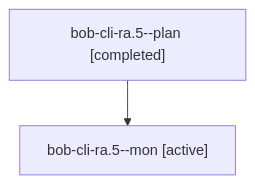
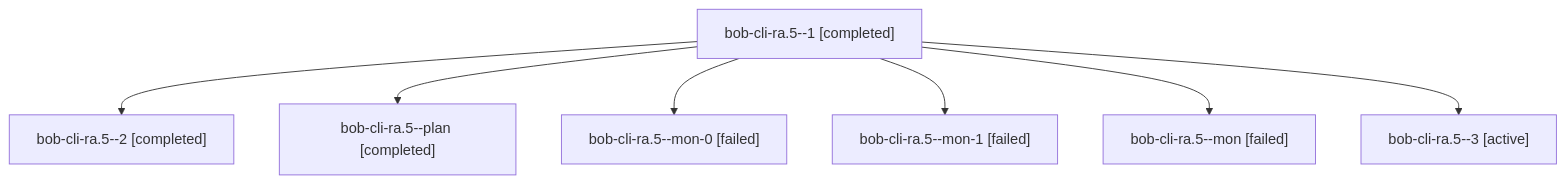
The diagram in sessions/bbugyi200.apollo.bob-cli-ra.5.md (bobs-org/bob-cli--agents), drawn with Mermaid before and after one commit. The commit also changed other lines of this file and 57 other files, not shown here.

````diff
--- a/sessions/bbugyi200.apollo.bob-cli-ra.5.md
+++ b/sessions/bbugyi200.apollo.bob-cli-ra.5.md
@@ -9,6 +9,16 @@
 ```mermaid
 flowchart TD
-  n0["bob-cli-ra.5--plan [completed]"]
-  n1["bob-cli-ra.5--mon [active]"]
+  n0["bob-cli-ra.5--1 [completed]"]
+  n1["bob-cli-ra.5--2 [completed]"]
   n0 --> n1
+  n2["bob-cli-ra.5--plan [completed]"]
+  n0 --> n2
+  n3["bob-cli-ra.5--mon-0 [failed]"]
+  n0 --> n3
+  n4["bob-cli-ra.5--mon-1 [failed]"]
+  n0 --> n4
+  n5["bob-cli-ra.5--mon [failed]"]
+  n0 --> n5
+  n6["bob-cli-ra.5--3 [active]"]
+  n0 --> n6
 ```
````
